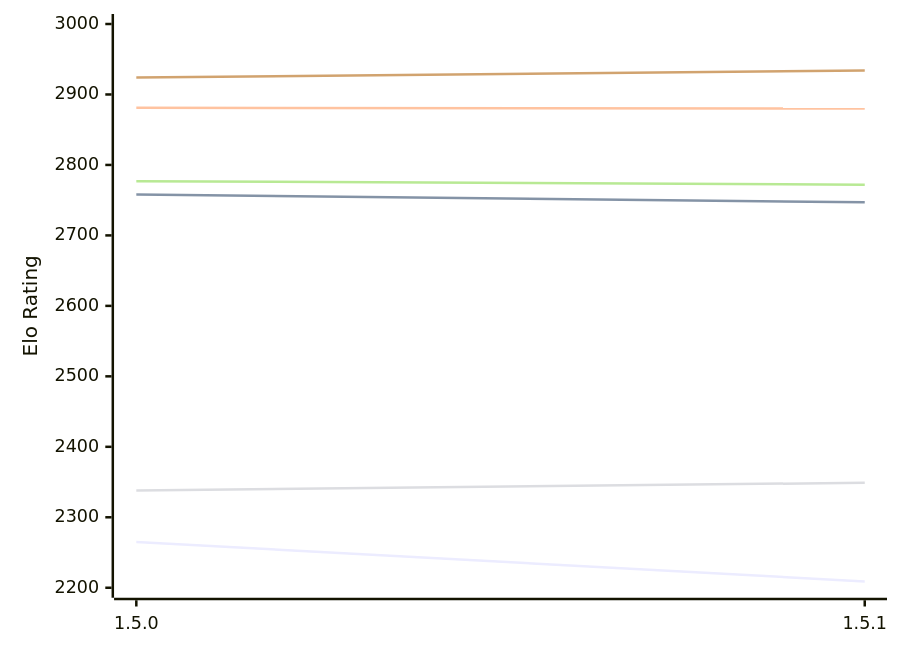
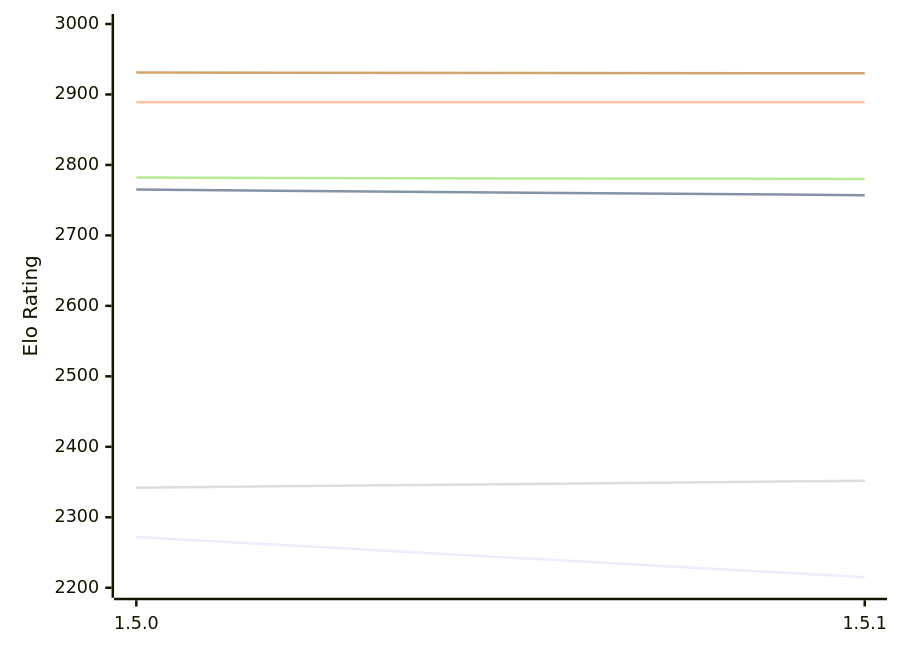
The first of 2 diagrams in engines/Coco.md (computer-chess-index/cci), drawn with Mermaid before and after one commit. The commit also changed other lines of this file, not shown here.

Commit message:
Update CCI Ratings (ELO VLTC) - 2026-11-03

````diff
--- a/engines/Coco.md
+++ b/engines/Coco.md
@@ -50,12 +50,12 @@
 ```mermaid
 %%{init: {"theme":"base","themeVariables":{"seriesColors:['#a3a3a3','#222221','#faa371']}}}%%
 xychart-beta
   x-axis ["1.5.0", "1.5.1"]
   y-axis "Elo Rating" 2200 --> 3000
-  line "E1: STC (8.0+0.08s)" [2265, 2209]
-  line "E1: LTC (60.0+0.60s)" [2758, 2747]
-  line "E1: VLTC (2m24s+1.12s)" [2881, 2880]
-  line "P1: STC (8.0+0.08s)" [2338, 2349]
-  line "P1: LTC (60.0+0.60s)" [2777, 2772]
-  line "P1: VLTC (2m24s+1.12s)" [2924, 2934]
+  line "E1: STC (8.0+0.08s)" [2272, 2215]
+  line "E1: LTC (60.0+0.60s)" [2765, 2757]
+  line "E1: VLTC (2m24s+1.12s)" [2889, 2889]
+  line "P1: STC (8.0+0.08s)" [2342, 2352]
+  line "P1: LTC (60.0+0.60s)" [2782, 2780]
+  line "P1: VLTC (2m24s+1.12s)" [2931, 2930]
 ```
````
